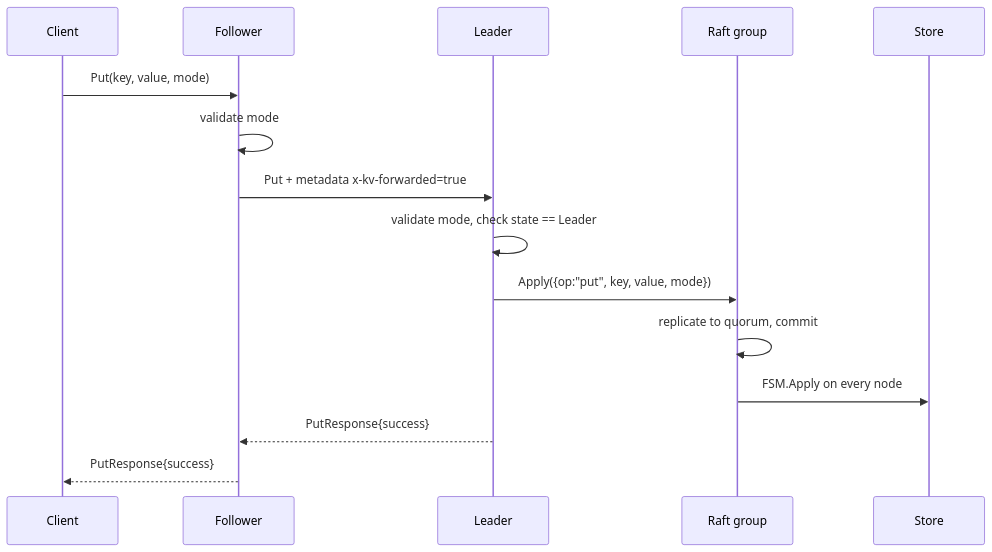
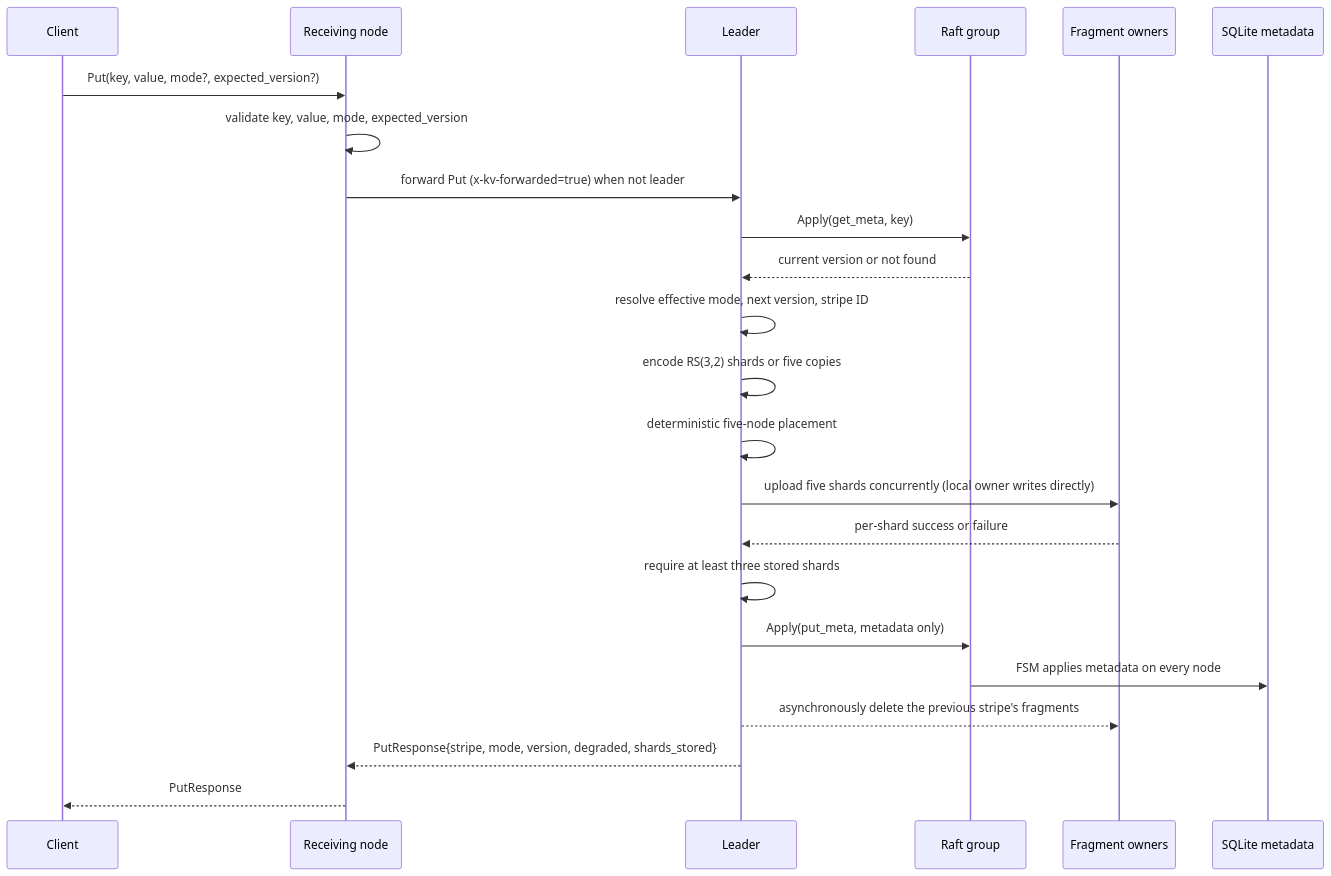
The second of 3 diagrams in docs/ARCHITECTURE.md (Jay0496/Distributed-Systems), drawn with Mermaid before and after one commit. The commit also changed other lines of this file and 4 other files, not shown here.

````diff
--- a/docs/ARCHITECTURE.md
+++ b/docs/ARCHITECTURE.md
@@ -218,18 +219,26 @@
 ```mermaid
 sequenceDiagram
     participant C as Client
-    participant F as Follower
+    participant F as Receiving node
     participant L as Leader
     participant R as Raft group
-    participant S as Store
+    participant O as Fragment owners
+    participant S as SQLite metadata
 
-    C->>F: Put(key, value, mode)
-    F->>F: validate mode
-    F->>L: Put + metadata x-kv-forwarded=true
-    L->>L: validate mode, check state == Leader
-    L->>R: Apply({op:"put", key, value, mode})
-    R->>R: replicate to quorum, commit
-    R->>S: FSM.Apply on every node
-    L-->>F: PutResponse{success}
-    F-->>C: PutResponse{success}
+    C->>F: Put(key, value, mode?, expected_version?)
+    F->>F: validate key, value, mode, expected_version
+    F->>L: forward Put (x-kv-forwarded=true) when not leader
+    L->>R: Apply(get_meta, key)
+    R-->>L: current version or not found
+    L->>L: resolve effective mode, next version, stripe ID
+    L->>L: encode RS(3,2) shards or five copies
+    L->>L: deterministic five-node placement
+    L->>O: upload five shards concurrently (local owner writes directly)
+    O-->>L: per-shard success or failure
+    L->>L: require at least three stored shards
+    L->>R: Apply(put_meta, metadata only)
+    R->>S: FSM applies metadata on every node
+    L-->>O: asynchronously delete the previous stripe's fragments
+    L-->>F: PutResponse{stripe, mode, version, degraded, shards_stored}
+    F-->>C: PutResponse
 ```
````
